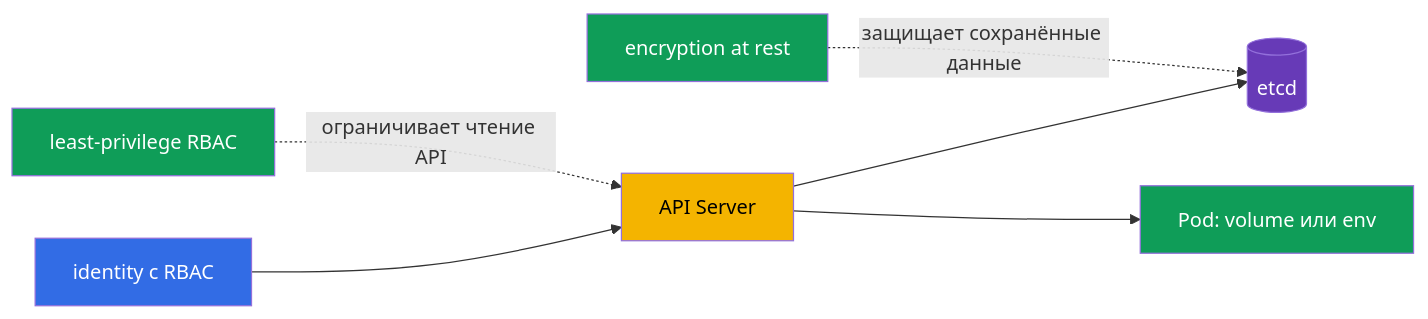
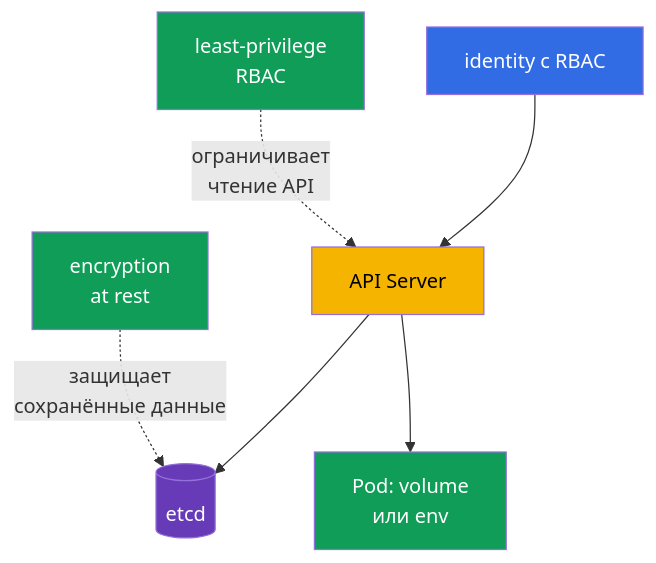
One commit to ViktorUJ/cks changed the second of 2 diagrams in tasks/kcsa/course/16/ru.md. Above: the diagram before and after it, drawn with Mermaid. The commit also changed other lines of this file and 60 other files, not shown here.

````diff
--- a/tasks/kcsa/course/16/ru.md
+++ b/tasks/kcsa/course/16/ru.md
@@ -93,14 +93,14 @@
 ```mermaid
-flowchart LR
+flowchart TB
     client["identity с RBAC"] --> api["API Server"]
     api --> etcd[("etcd")]
-    api --> pod["Pod: volume или env"]
-    encrypt["encryption at rest"] -. "защищает сохранённые данные" .-> etcd
-    rbac["least-privilege RBAC"] -. "ограничивает чтение API" .-> api
+    api --> pod["Pod: volume<br/>или env"]
+    encrypt["encryption<br/>at rest"] -. "защищает<br/>сохранённые данные" .-> etcd
+    rbac["least-privilege<br/>RBAC"] -. "ограничивает<br/>чтение API" .-> api
     style client fill:#326ce5,color:#fff
     style api fill:#f4b400,color:#000
     style etcd fill:#673ab7,color:#fff
     style pod fill:#0f9d58,color:#fff
     style encrypt fill:#0f9d58,color:#fff
     style rbac fill:#0f9d58,color:#fff
 ```
````
